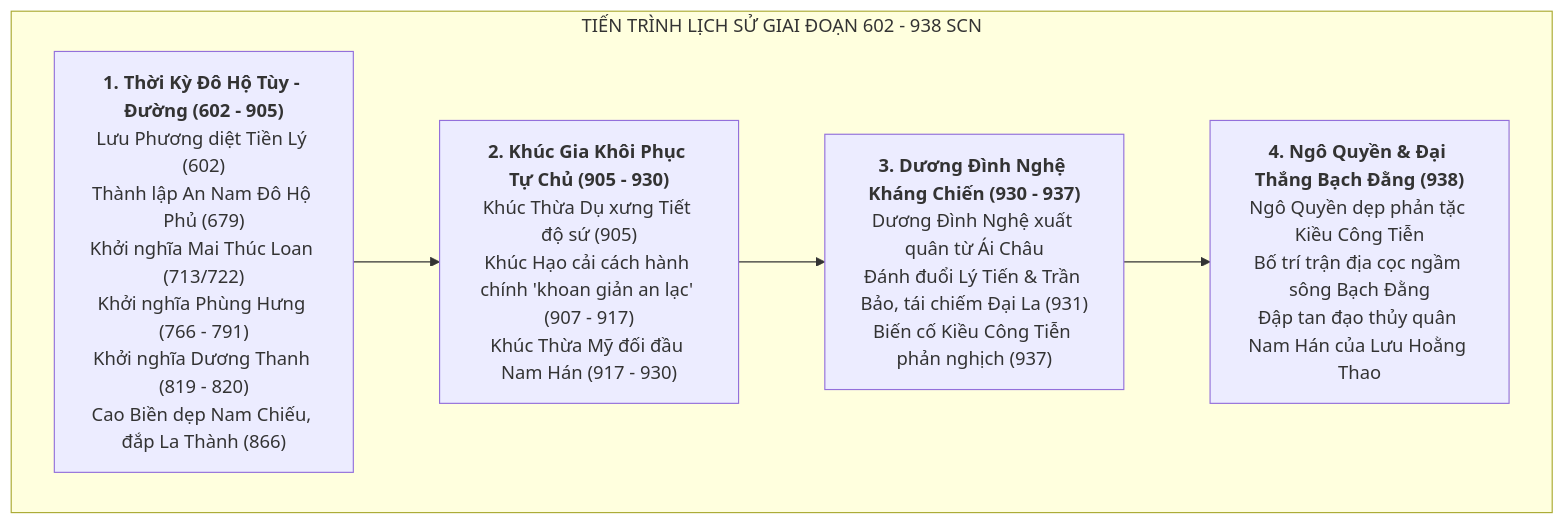
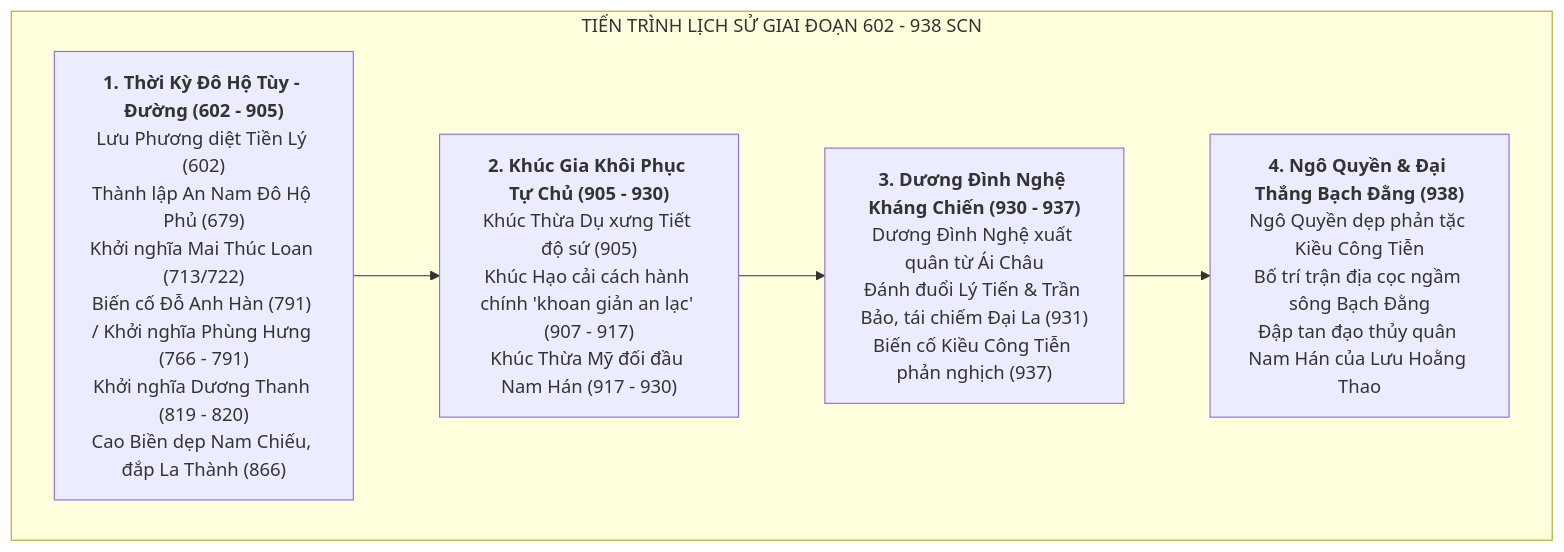
The diagram in docs/drafts/viet-su/602-938/README.md (LightDucan/HuyenSu-TD), drawn with Mermaid before and after one commit. The commit also changed 4 other files, not shown here.

````diff
--- a/docs/drafts/viet-su/602-938/README.md
+++ b/docs/drafts/viet-su/602-938/README.md
@@ -21,14 +21,14 @@
 ```mermaid
 graph TD
     subgraph TIẾN TRÌNH LỊCH SỬ GIAI ĐOẠN 602 - 938 SCN
-        P1["<b>1. Thời Kỳ Đô Hộ Tùy - Đường (602 - 905)</b><br>Lưu Phương diệt Tiền Lý (602)<br>Thành lập An Nam Đô Hộ Phủ (679)<br>Khởi nghĩa Mai Thúc Loan (713/722)<br>Khởi nghĩa Phùng Hưng (766 - 791)<br>Khởi nghĩa Dương Thanh (819 - 820)<br>Cao Biền dẹp Nam Chiếu, đắp La Thành (866)"]
+        P1["<b>1. Thời Kỳ Đô Hộ Tùy - Đường (602 - 905)</b><br>Lưu Phương diệt Tiền Lý (602)<br>Thành lập An Nam Đô Hộ Phủ (679)<br>Khởi nghĩa Mai Thúc Loan (713/722)<br>Biến cố Đỗ Anh Hàn (791) / Khởi nghĩa Phùng Hưng (766 - 791)<br>Khởi nghĩa Dương Thanh (819 - 820)<br>Cao Biền dẹp Nam Chiếu, đắp La Thành (866)"]
         
         P2["<b>2. Khúc Gia Khôi Phục Tự Chủ (905 - 930)</b><br>Khúc Thừa Dụ xưng Tiết độ sứ (905)<br>Khúc Hạo cải cách hành chính 'khoan giản an lạc' (907 - 917)<br>Khúc Thừa Mỹ đối đầu Nam Hán (917 - 930)"]
         
         P3["<b>3. Dương Đình Nghệ Kháng Chiến (930 - 937)</b><br>Dương Đình Nghệ xuất quân từ Ái Châu<br>Đánh đuổi Lý Tiến & Trần Bảo, tái chiếm Đại La (931)<br>Biến cố Kiều Công Tiễn phản nghịch (937)"]
         
         P4["<b>4. Ngô Quyền & Đại Thắng Bạch Đằng (938)</b><br>Ngô Quyền dẹp phản tặc Kiều Công Tiễn<br>Bố trí trận địa cọc ngầm sông Bạch Đằng<br>Đập tan đạo thủy quân Nam Hán của Lưu Hoằng Thao"]
         
         P1 --> P2 --> P3 --> P4
     end
 ```
````
